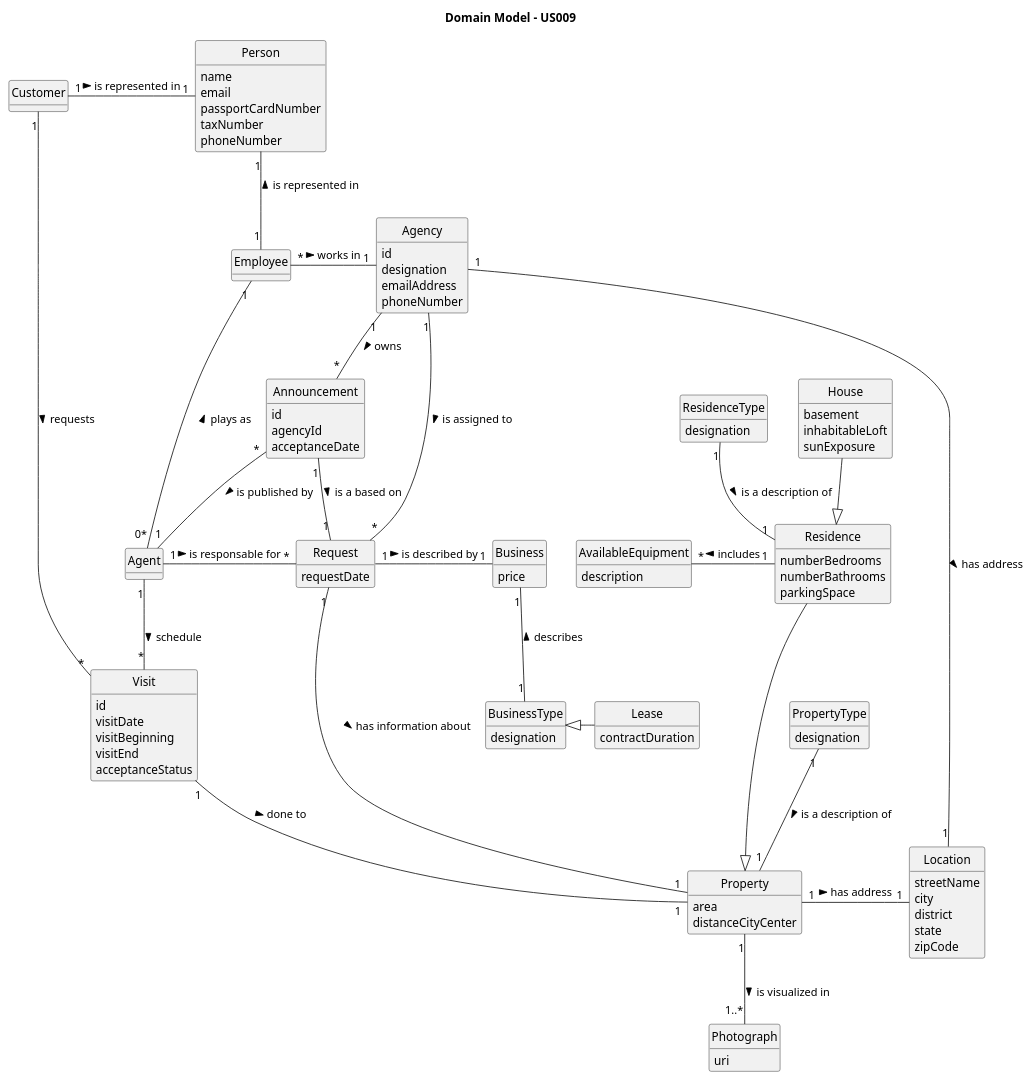
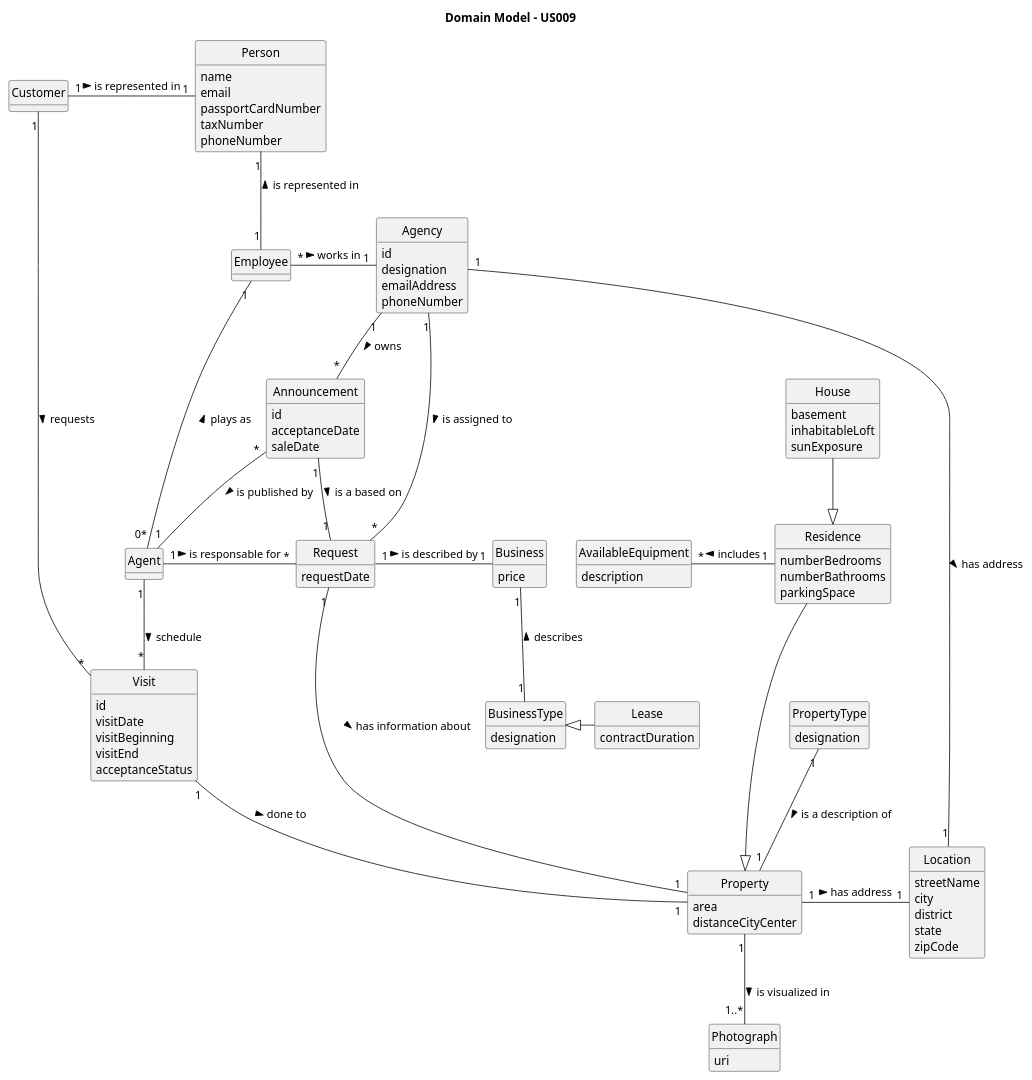
The diagram in docs/sprintD/us009/02.analysis/puml/us009-domain-model.puml (rita-barbosa/LAPR2-2223), drawn with PlantUML before and after one commit. The commit also changed 23 other files, not shown here.

```diff
--- a/docs/sprintD/us009/02.analysis/puml/us009-domain-model.puml
+++ b/docs/sprintD/us009/02.analysis/puml/us009-domain-model.puml
@@ -1,138 +1,133 @@
 @startuml
 skinparam monochrome true
 skinparam packageStyle rectangle
 skinparam shadowing false
 
 skinparam classAttributeIconSize 0
 
 hide circle
 hide methods
 
 title Domain Model - US009
 
 class Visit {
     id
     visitDate
     visitBeginning
     visitEnd
     acceptanceStatus
 }
 
 class Customer {
 }
 
 class Request {
     requestDate
 }
 
 class Business {
     price
 }
 
 class BusinessType {
     designation
 }
 
 class Lease {
     contractDuration
 }
 
 
 class Agent {
 
 }
 
 class Person {
       name
       email
       passportCardNumber
       taxNumber
       phoneNumber
 }
 
 class Employee {
 }
 
 
 class Agency {
    id
    designation
    emailAddress
    phoneNumber
 }
 
 class Location {
     streetName
     city
     district
     state
     zipCode
 }
 
 class Announcement {
     id
-    agencyId
     acceptanceDate
+    saleDate
 }
 
 
 class Property{
      area
      distanceCityCenter
 }
 
 class Residence{
      numberBedrooms
      numberBathrooms
      parkingSpace
 }
 
 class AvailableEquipment{
     description
 }
 
 class House{
     basement
     inhabitableLoft
     sunExposure
 }
 
 class PropertyType{
     designation
 }
 
-class ResidenceType{
-    designation
-}
-
 class Photograph{
     uri
 }
 
 
 PropertyType "1" -- "1" Property: is a description of >
 Property "1" -- "1..*" Photograph: is visualized in >
 Announcement "1" - "1" Request : is a based on >
 Agency "1" -- "*" Announcement : owns >
 Agency "1" - "1" Location : has address >
 Agency "1" - "*" Request : is assigned to >
 Customer "1" -- "*" Visit : requests >
 Agent "1" -- "*" Visit : schedule >
 Announcement "*" -- "1" Agent : is published by >
 Agent "1" - "*" Request : is responsable for >
 Agent "0*" -- "1" Employee : plays as >
 Employee "*" -right- "1" Agency : works in >
 Property "1" - "1" Location : has address >
 Visit "1" -- "1" Property : done to >
 Residence  ---|>  Property
 House --|> Residence
-ResidenceType "1" -- "1" Residence: is a description of >
 Residence "1" -left "*"AvailableEquipment: includes >
 Lease -left-|> BusinessType
 BusinessType "1" -up- "1" Business : describes >
 Request "1" -right "1" Business : is described by >
 Employee "1" -up- "1" Person : is represented in >
 Customer "1" -right- "1" Person : is represented in >
 Request "1" - "1" Property : has information about >
 
 @enduml
```
